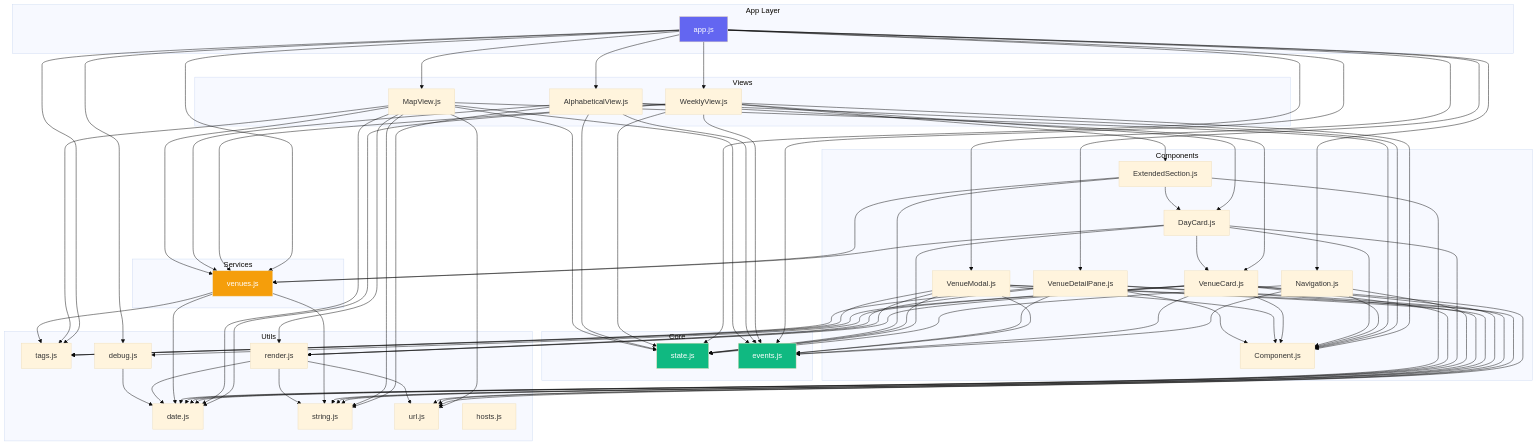
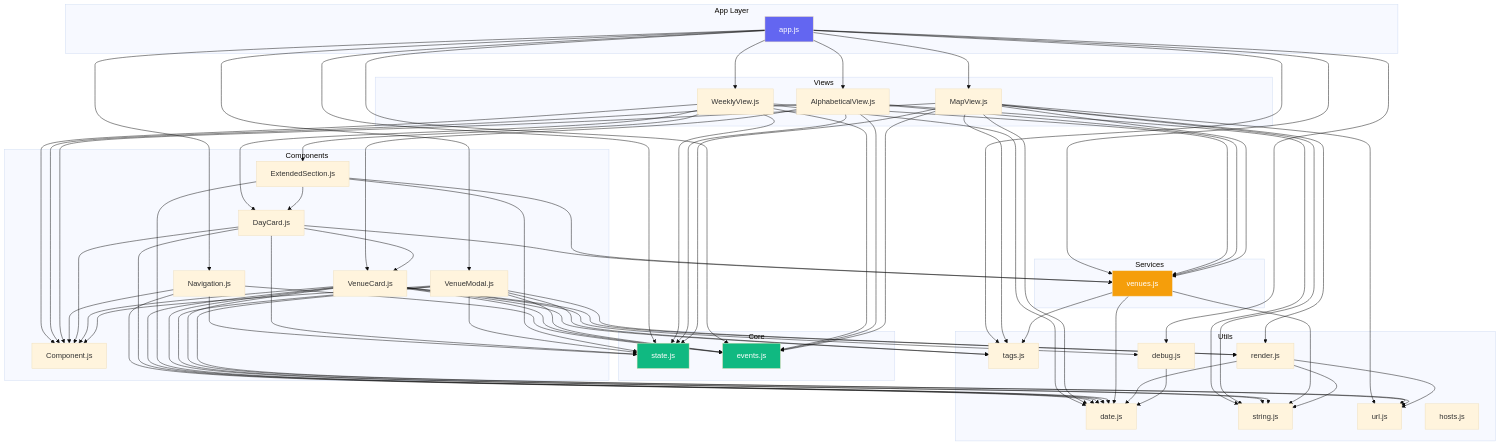
One commit to Johnesco/karaokedirectory changed the first of 8 diagrams in docs/architecture.md. Above: the diagram before and after it, drawn with Mermaid (base theme). The commit also changed other lines of this file and 17 other files, not shown here.

First line of the commit message:
Remove the 1400px breakpoint and the desktop detail pane (#368)

```diff
--- a/docs/architecture.md
+++ b/docs/architecture.md
@@ -25,7 +25,6 @@
         DC[DayCard.js]
         VC[VenueCard.js]
         VM[VenueModal.js]
-        VDP[VenueDetailPane.js]
         ES[ExtendedSection.js]
         COMP[Component.js]
     end
@@ -54,7 +53,6 @@
     APP --> MV
     APP --> NAV
     APP --> VM
-    APP --> VDP
     APP --> VS
     APP --> STATE
     APP --> EVENTS
@@ -114,12 +112,6 @@
     VM --> TAGS
     VM --> RENDER
 
-    VDP --> COMP
-    VDP --> STR
-    VDP --> URL
-    VDP --> EVENTS
-    VDP --> TAGS
-    VDP --> RENDER
 
     ES --> DC
     ES --> DATE
```
